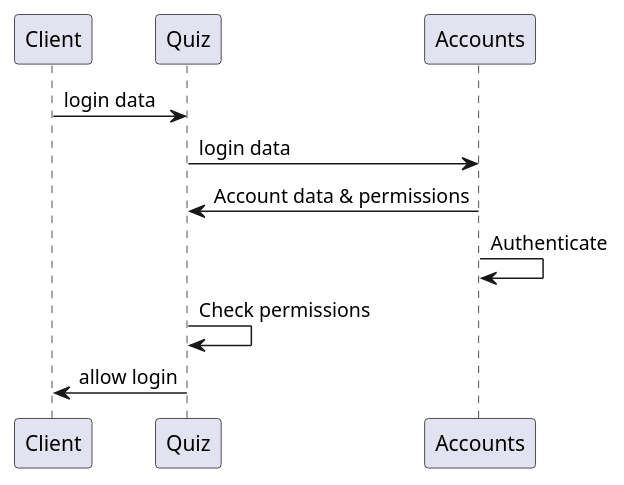
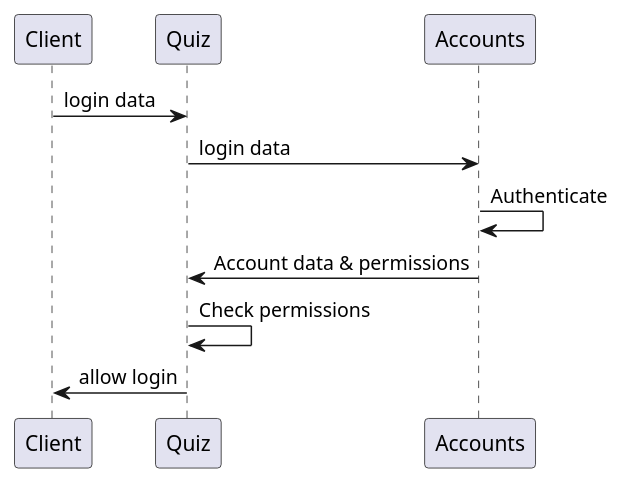
One commit to Vickyogesh/quiz-platform changed the diagram in doc/overview.rst. Above: the diagram before and after it, drawn with PlantUML. The commit also changed other lines of this file and 12 other files, not shown here.

```diff
--- a/doc/overview.rst
+++ b/doc/overview.rst
@@ -57,12 +58,12 @@
 .. uml::
 
     participant Client
     participant Quiz
     participant Accounts
 
     Client -> Quiz: login data
     Quiz -> Accounts: login data
+    Accounts -> Accounts: Authenticate
     Accounts -> Quiz: Account data & permissions
-    Accounts -> Accounts: Authenticate
     Quiz -> Quiz: Check permissions
     Quiz -> Client: allow login
```
